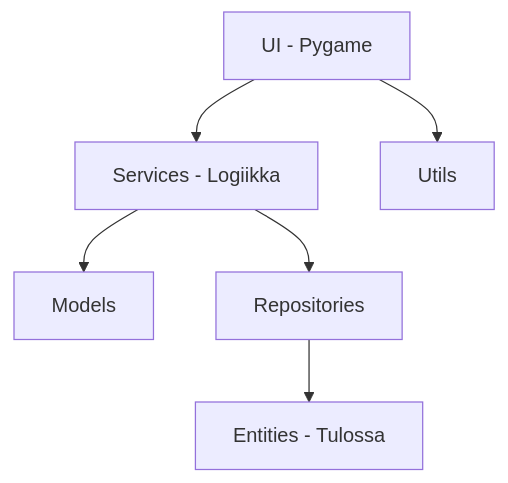
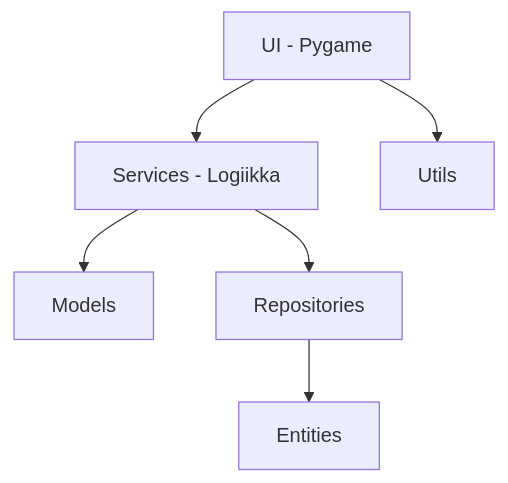
Before and after one commit to Tapir79/ot-harjoitustyo: the first of 13 diagrams in dokumentaatio/arkkitehtuuri.md, drawn with Mermaid. The commit also changed other lines of this file and 1 other file, not shown here.

````diff
--- a/dokumentaatio/arkkitehtuuri.md
+++ b/dokumentaatio/arkkitehtuuri.md
@@ -7,9 +7,9 @@
 ```mermaid
 graph TD
     UI[UI - Pygame] --> Services
     UI[UI - Pygame] --> Utils
     Services[Services - Logiikka] --> Models
     Services --> Repositories[Repositories]
-    Repositories --> Entities[Entities - Tulossa]
+    Repositories --> Entities[Entities]
 
 ```
````
